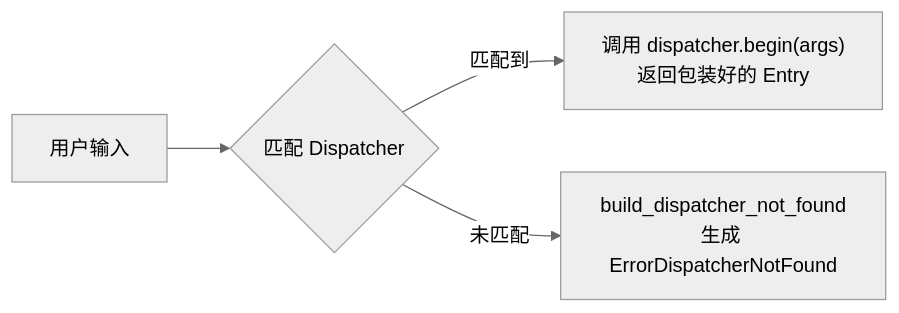
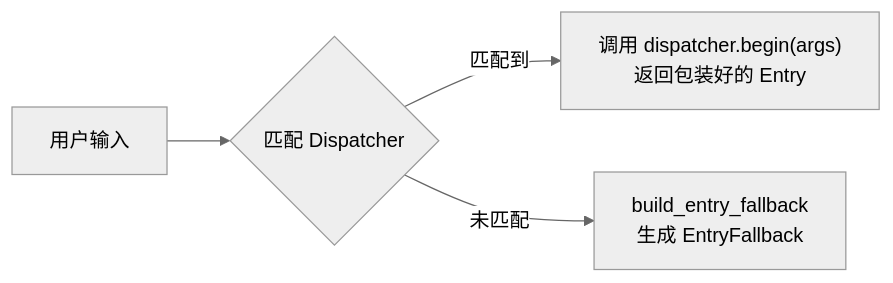
The second of 3 diagrams in docs/_zh_CN/pages/concepts/1-the-pipeline.md (mingling-rs/mingling), drawn with Mermaid (neutral theme) before and after one commit. The commit also changed other lines of this file and 25 other files, not shown here.

First line of the commit message:
chore!: rename ErrorDispatcherNotFound to EntryFallback

````diff
--- a/docs/_zh_CN/pages/concepts/1-the-pipeline.md
+++ b/docs/_zh_CN/pages/concepts/1-the-pipeline.md
@@ -41,6 +41,6 @@
 ```mermaid
 graph LR
     Input["用户输入"] --> M{匹配 Dispatcher}
     M -->|"匹配到"| E["调用 dispatcher.begin(args)<br/>返回包装好的 Entry"]
-    M -->|"未匹配"| NF["build_dispatcher_not_found<br/>生成 ErrorDispatcherNotFound"]
+    M -->|"未匹配"| NF["build_entry_fallback<br/>生成 EntryFallback"]
 ```
````
